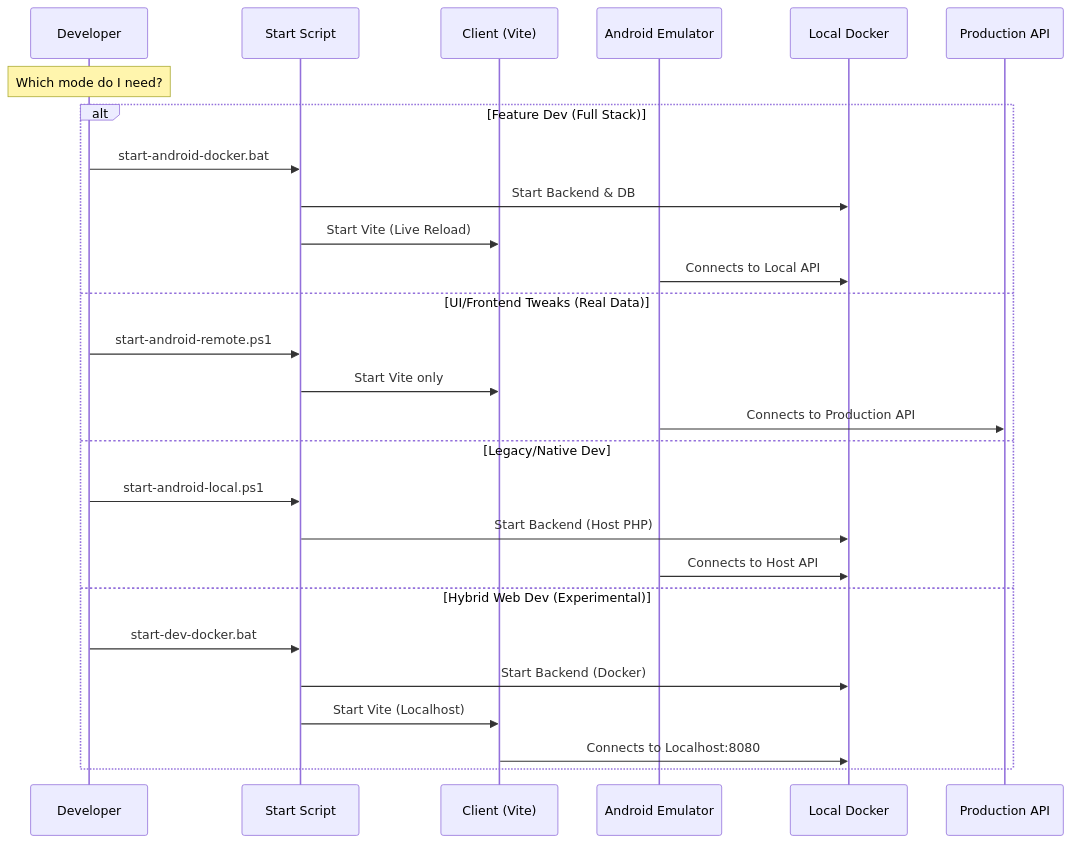
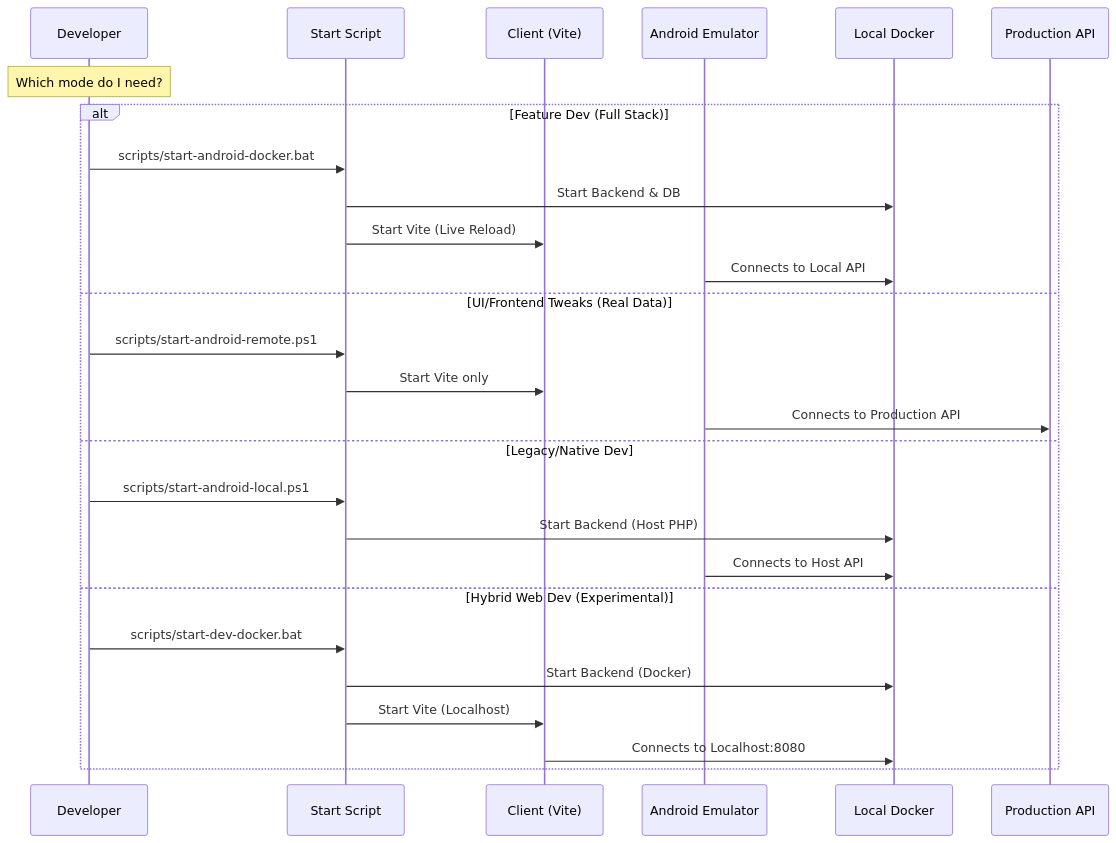
One commit to ihkaru/cerdas changed the fourth of 5 diagrams in docs/WORKFLOW_AND_DEBUGGING.md. Above: the diagram before and after it, drawn with Mermaid. The commit also changed other lines of this file and 62 other files, not shown here.

````diff
--- a/docs/WORKFLOW_AND_DEBUGGING.md
+++ b/docs/WORKFLOW_AND_DEBUGGING.md
@@ -165,31 +165,31 @@
 ```mermaid
 sequenceDiagram
     participant Dev as Developer
     participant Script as Start Script
     participant Client as Client (Vite)
     participant Emu as Android Emulator
     participant Docker as Local Docker
     participant Prod as Production API
 
     Note over Dev: Which mode do I need?
 
     alt Feature Dev (Full Stack)
-        Dev->>Script: start-android-docker.bat
+        Dev->>Script: scripts/start-android-docker.bat
         Script->>Docker: Start Backend & DB
         Script->>Client: Start Vite (Live Reload)
         Emu->>Docker: Connects to Local API
     else UI/Frontend Tweaks (Real Data)
-        Dev->>Script: start-android-remote.ps1
+        Dev->>Script: scripts/start-android-remote.ps1
         Script->>Client: Start Vite only
         Emu->>Prod: Connects to Production API
     else Legacy/Native Dev
-        Dev->>Script: start-android-local.ps1
+        Dev->>Script: scripts/start-android-local.ps1
         Script->>Docker: Start Backend (Host PHP)
         Emu->>Docker: Connects to Host API
     else Hybrid Web Dev (Experimental)
-        Dev->>Script: start-dev-docker.bat
+        Dev->>Script: scripts/start-dev-docker.bat
         Script->>Docker: Start Backend (Docker)
         Script->>Client: Start Vite (Localhost)
         Client->>Docker: Connects to Localhost:8080
     end
 ```
````
